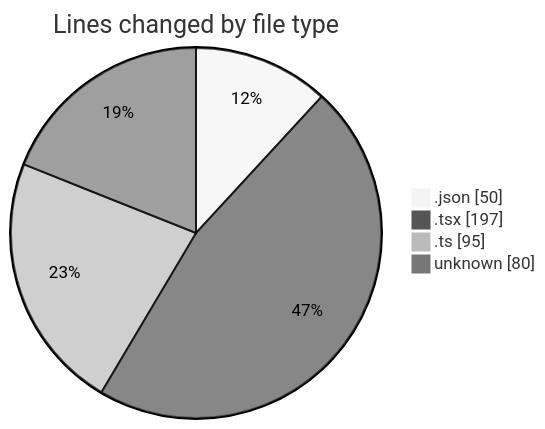
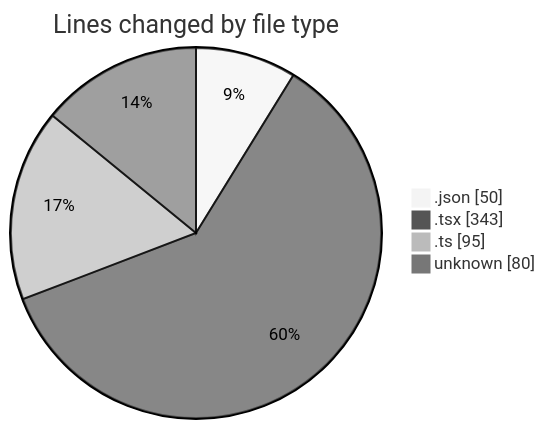
The first of 2 diagrams in 2025-10-29/eventscop-frontend-guide__workspace_/README.md (julien-gomy/code-tracking), drawn with Mermaid (neutral theme) before and after one commit. The commit also changed other lines of this file and 1 other file, not shown here.

````diff
--- a/2025-10-29/eventscop-frontend-guide__workspace_/README.md
+++ b/2025-10-29/eventscop-frontend-guide__workspace_/README.md
@@ -31,8 +32,8 @@
 ```mermaid
 pie showData
 title Lines changed by file type
 ".json" : 50
-".tsx" : 197
+".tsx" : 343
 ".ts" : 95
 "unknown" : 80
 ```
````
